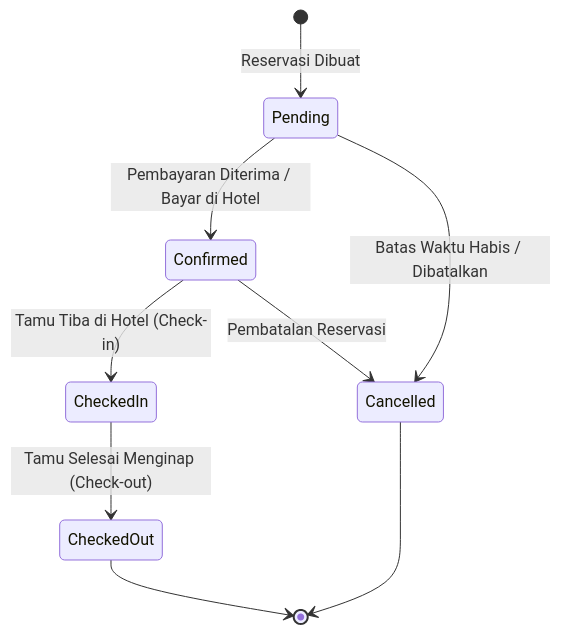
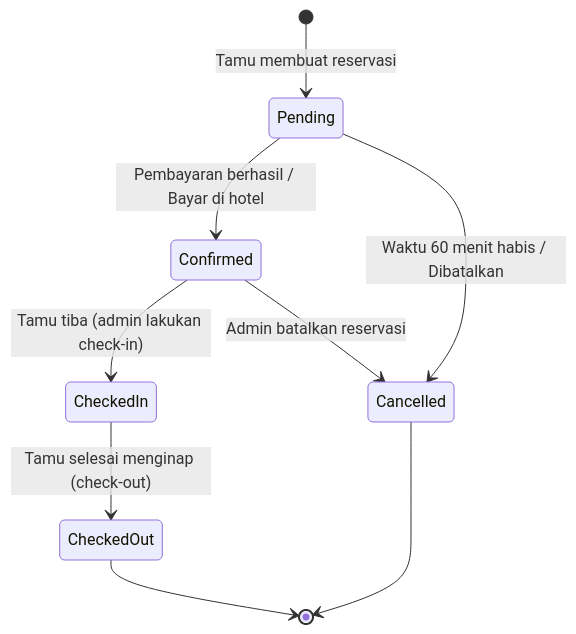
The second of 3 diagrams in README.md (Azkawdk/the-east-hotel-Final-WPF), drawn with Mermaid before and after one commit. The commit also changed other lines of this file and 6 other files, not shown here.

````diff
--- a/README.md
+++ b/README.md
@@ -270,11 +936,11 @@
 ```mermaid
 stateDiagram-v2
-    [*] --> Pending : Reservasi Dibuat
-    Pending --> Confirmed : Pembayaran Diterima / Bayar di Hotel
-    Pending --> Cancelled : Batas Waktu Habis / Dibatalkan
-    Confirmed --> CheckedIn : Tamu Tiba di Hotel (Check-in)
-    Confirmed --> Cancelled : Pembatalan Reservasi
-    CheckedIn --> CheckedOut : Tamu Selesai Menginap (Check-out)
+    [*] --> Pending : Tamu membuat reservasi
+    Pending --> Confirmed : Pembayaran berhasil / Bayar di hotel
+    Pending --> Cancelled : Waktu 60 menit habis / Dibatalkan
+    Confirmed --> CheckedIn : Tamu tiba (admin lakukan check-in)
+    Confirmed --> Cancelled : Admin batalkan reservasi
+    CheckedIn --> CheckedOut : Tamu selesai menginap (check-out)
     CheckedOut --> [*]
     Cancelled --> [*]
 ```
````
